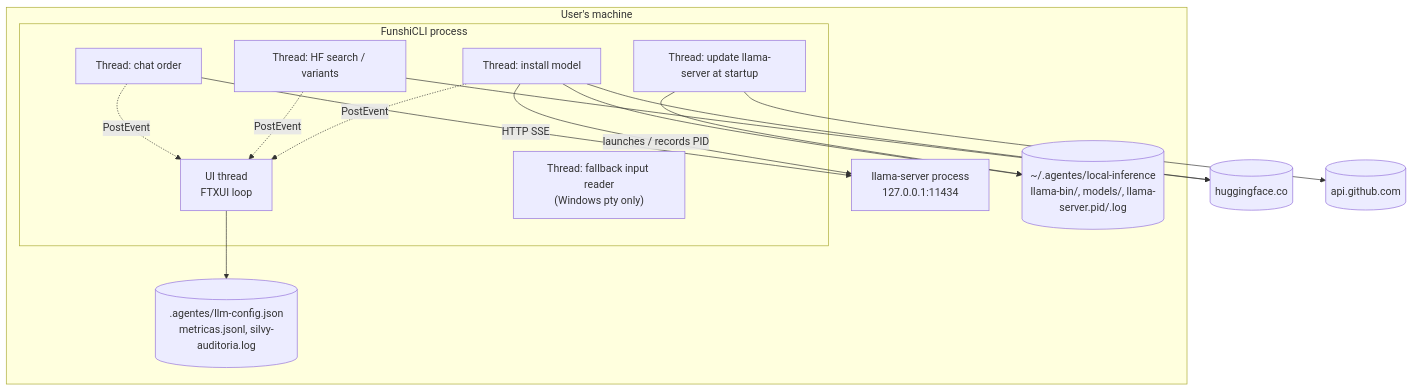
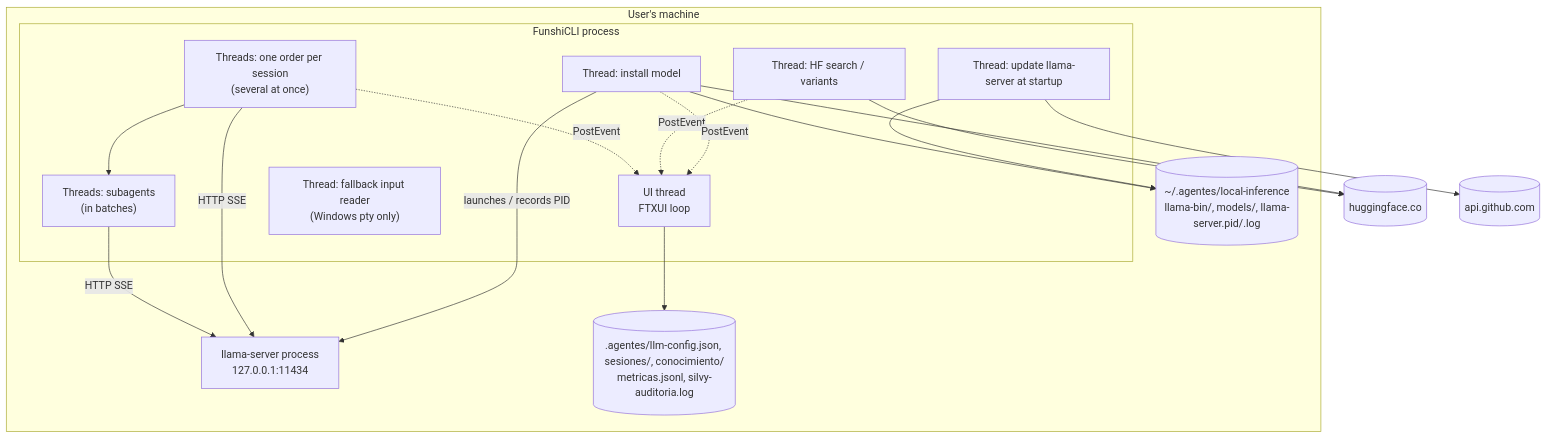
One commit to FunshiEngine/FunshiEngineCLI changed diagram 11 of 12 in doc/uml/ArquitecturaUML.eng.md. Above: the diagram before and after it, drawn with Mermaid. The commit also changed other lines of this file and 8 other files, not shown here.

````diff
--- a/doc/uml/ArquitecturaUML.eng.md
+++ b/doc/uml/ArquitecturaUML.eng.md
@@ -342,30 +393,33 @@
 ```mermaid
 graph TB
     subgraph MAQUINA [User's machine]
         subgraph PROC [FunshiCLI process]
             UI["UI thread<br/>FTXUI loop"]
-            W1["Thread: chat order"]
+            W1["Threads: one order per session<br/>(several at once)"]
+            W6["Threads: subagents<br/>(in batches)"]
             W2["Thread: HF search / variants"]
             W3["Thread: install model"]
             W4["Thread: update llama-server at startup"]
             W5["Thread: fallback input reader<br/>(Windows pty only)"]
         end
         LS["llama-server process<br/>127.0.0.1:11434"]
         FS[("~/.agentes/local-inference<br/>llama-bin/, models/, llama-server.pid/.log")]
-        CFG[(".agentes/llm-config.json<br/>metricas.jsonl, silvy-auditoria.log")]
+        CFG[(".agentes/llm-config.json, sesiones/, conocimiento/<br/>metricas.jsonl, silvy-auditoria.log")]
     end
     HF[("huggingface.co")]
     GH[("api.github.com")]
 
     W1 -.->|PostEvent| UI
+    W1 --> W6
+    W6 -->|HTTP SSE| LS
     W2 -.->|PostEvent| UI
     W3 -.->|PostEvent| UI
     W1 -->|HTTP SSE| LS
     W3 -->|launches / records PID| LS
     W2 --> HF
     W3 --> HF
     W4 --> GH
     W3 --> FS
     W4 --> FS
     UI --> CFG
 ```
````
